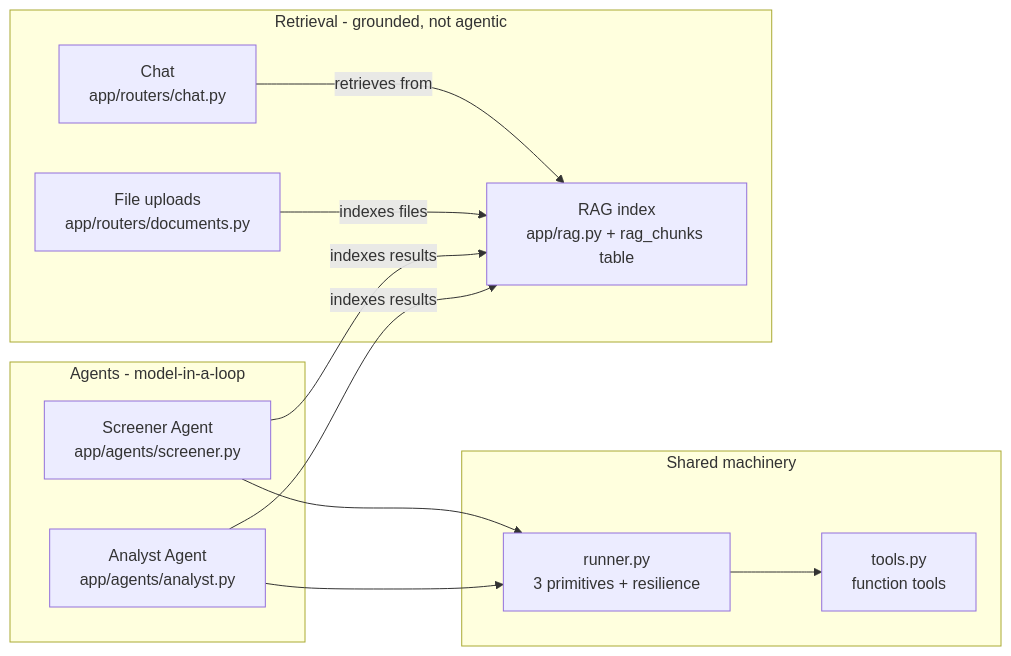
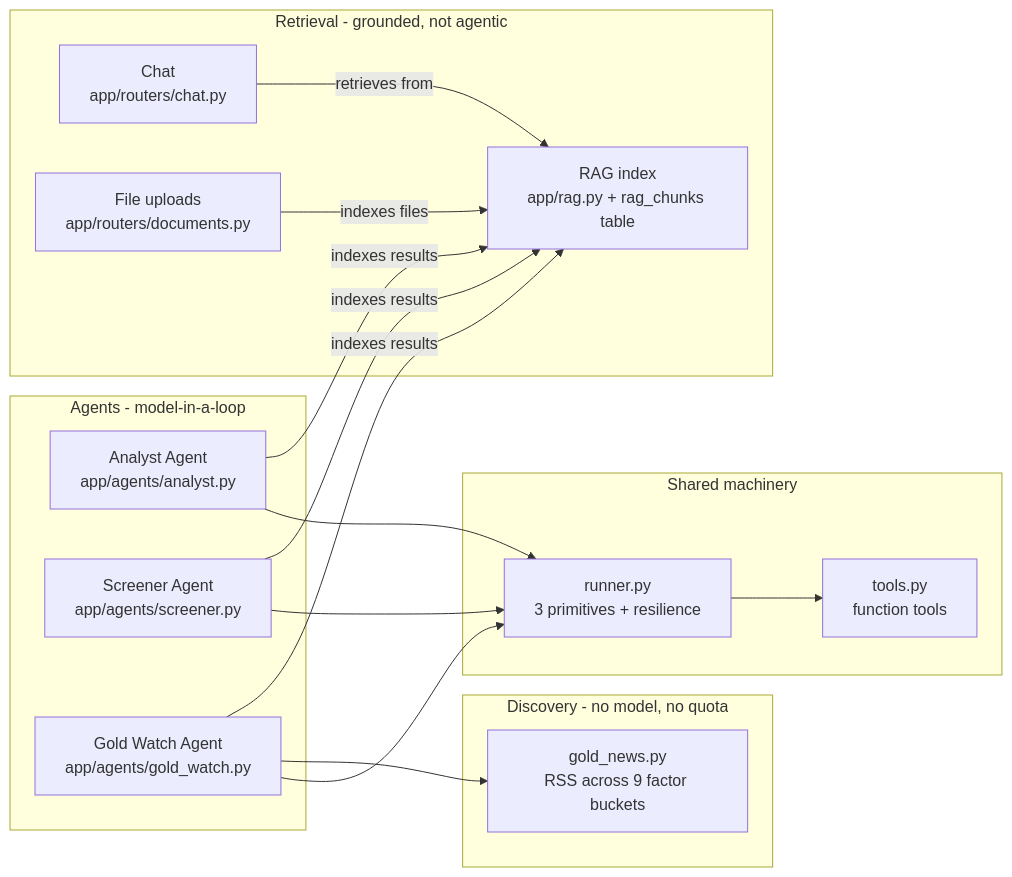
One commit to deepaknegi16/investment_adviser changed the first of 3 diagrams in AGENTIC_AI_DESIGN.md. Above: the diagram before and after it, drawn with Mermaid. The commit also changed other lines of this file and 19 other files, not shown here.

First line of the commit message:
Gold Watch agent: factor monitor for GOLDBEES with email alerts

````diff
--- a/AGENTIC_AI_DESIGN.md
+++ b/AGENTIC_AI_DESIGN.md
@@ -38,21 +38,27 @@
 ```mermaid
 flowchart LR
     subgraph agents [Agents - model-in-a-loop]
         A[Analyst Agent\napp/agents/analyst.py]
         S[Screener Agent\napp/agents/screener.py]
+        W[Gold Watch Agent\napp/agents/gold_watch.py]
     end
     subgraph shared [Shared machinery]
         R[runner.py\n3 primitives + resilience]
         T[tools.py\nfunction tools]
+    end
+    subgraph feeds [Discovery - no model, no quota]
+        N[gold_news.py\nRSS across 9 factor buckets]
     end
     subgraph retrieval [Retrieval - grounded, not agentic]
         C[Chat\napp/routers/chat.py]
         G[RAG index\napp/rag.py + rag_chunks table]
         D[File uploads\napp/routers/documents.py]
     end
-    A --> R; S --> R; R --> T
+    A --> R; S --> R; W --> R; R --> T
+    W --> N
     A -- indexes results --> G
     S -- indexes results --> G
+    W -- indexes results --> G
     D -- indexes files --> G
     C -- retrieves from --> G
 ```
````
